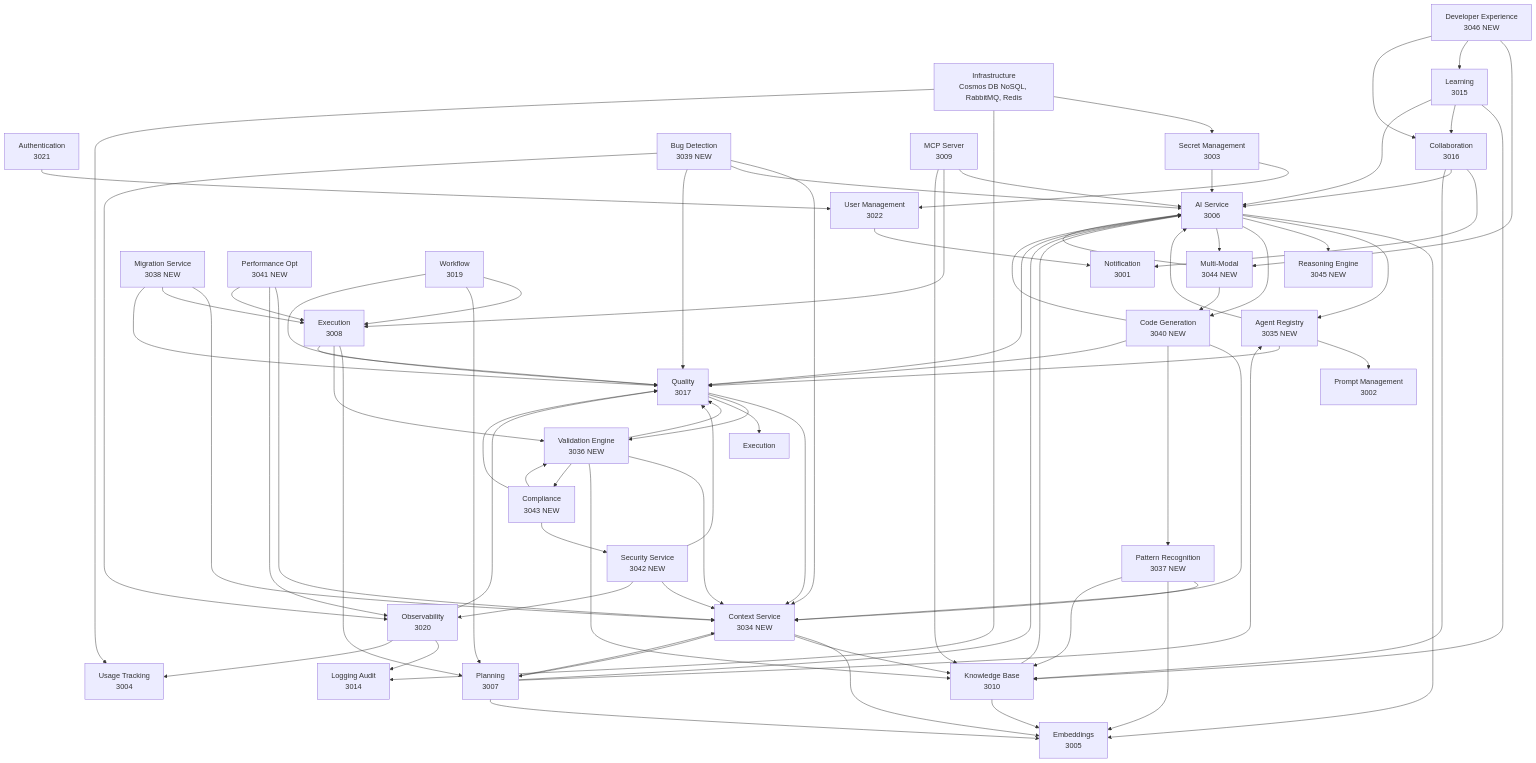
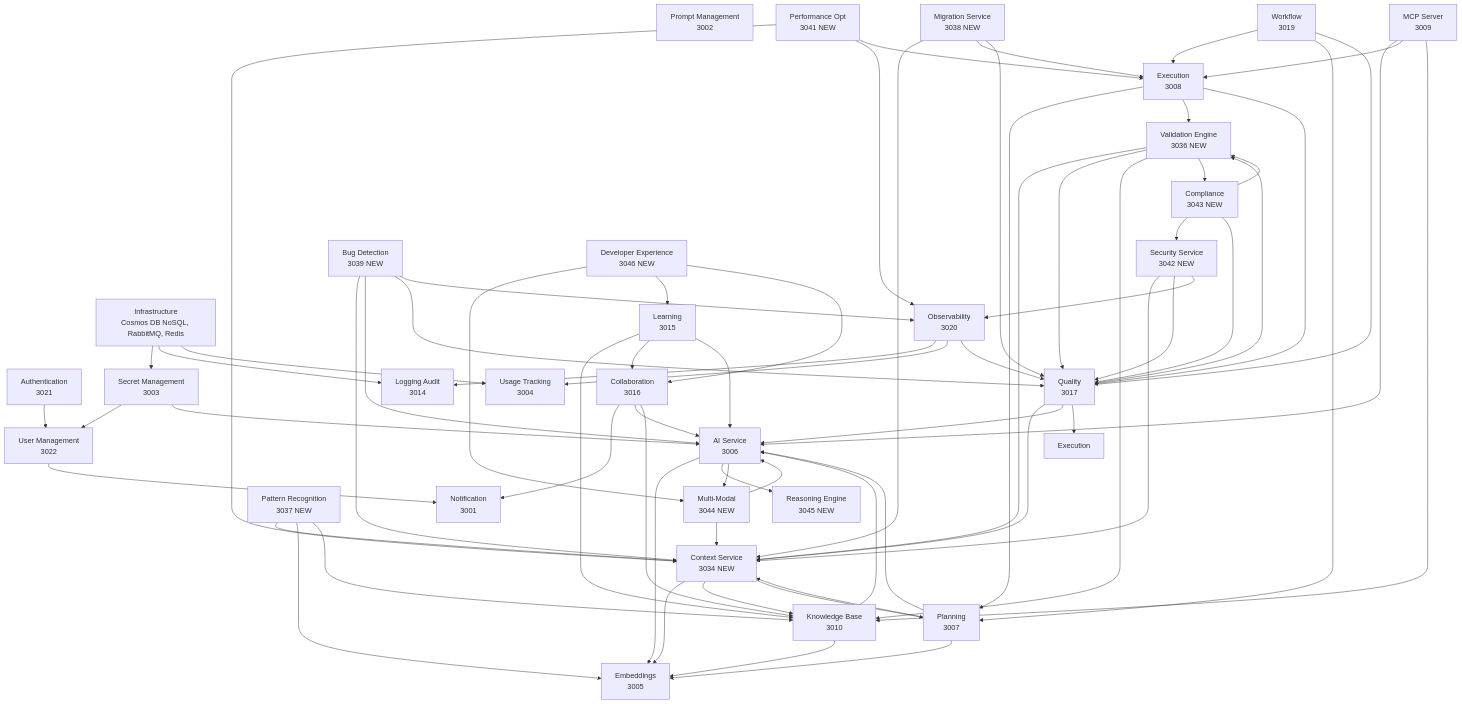
Before and after one commit to Edgame2/castiel2: the diagram in documentation/global/ModuleOverview.md, drawn with Mermaid. The commit also changed other lines of this file and 673 other files, not shown here.

```diff
--- a/documentation/global/ModuleOverview.md
+++ b/documentation/global/ModuleOverview.md
@@ -1414,7 +1340,6 @@
     
     %% New Core Services
     Context[Context Service<br/>3034 NEW]
-    AgentReg[Agent Registry<br/>3035 NEW]
     Validation[Validation Engine<br/>3036 NEW]
     Pattern[Pattern Recognition<br/>3037 NEW]
     
@@ -1434,7 +1359,6 @@
     Compliance[Compliance<br/>3043 NEW]
     
     %% Code Services
-    CodeGen[Code Generation<br/>3040 NEW]
     Migration[Migration Service<br/>3038 NEW]
     BugDetect[Bug Detection<br/>3039 NEW]
     PerfOpt[Performance Opt<br/>3041 NEW]
@@ -1467,18 +1391,12 @@
     %% AI Dependencies
     Secret --> AI
     AI --> Embed
-    AI --> AgentReg
     AI --> Reasoning
-    AI --> CodeGen
     AI --> MultiModal
     
     Context --> Embed
     Context --> KB
     Context --> Planning
-    
-    AgentReg --> AI
-    AgentReg --> Prompt
-    AgentReg --> Quality
     
     Validation --> Context
     Validation --> Quality
@@ -1490,7 +1408,6 @@
     Pattern --> KB
     
     Planning --> Context
-    Planning --> AgentReg
     Planning --> Embed
     Planning --> AI
     Exec --> Planning
@@ -1508,11 +1425,6 @@
     Compliance --> Security
     Compliance --> Quality
     Compliance --> Validation
-    
-    CodeGen --> AI
-    CodeGen --> Context
-    CodeGen --> Pattern
-    CodeGen --> Quality
     
     Migration --> Context
     Migration --> Exec
@@ -1548,7 +1460,7 @@
     DevEx --> Learning
     DevEx --> Collab
     MultiModal --> AI
-    MultiModal --> CodeGen
+    MultiModal --> Context
     Collab --> Notification
     Collab --> AI
     Collab --> KB
```
